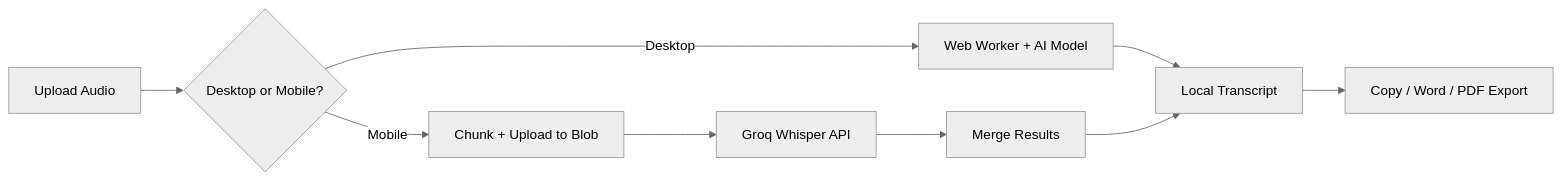
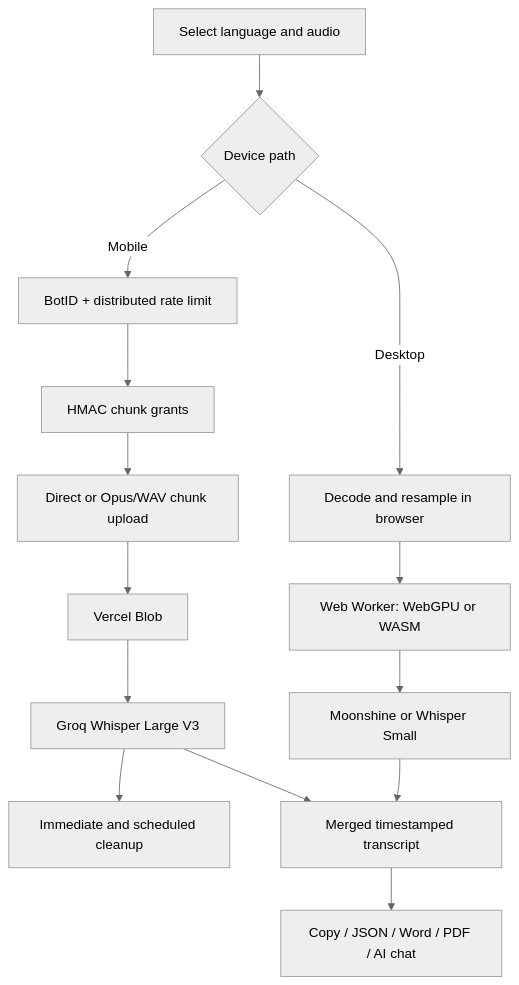
One commit to onatozmenn/audio-transcription-tool changed the diagram in README.md. Above: the diagram before and after it, drawn with Mermaid (neutral theme). The commit also changed other lines of this file and 20 other files, not shown here.

````diff
--- a/README.md
+++ b/README.md
@@ -58,11 +70,19 @@
 ```mermaid
-flowchart LR
-    A[Upload Audio] --> B{Desktop or Mobile?}
-    B -->|Desktop| C[Web Worker + AI Model]
-    C --> D[Local Transcript]
-    B -->|Mobile| E[Chunk + Upload to Blob]
-    E --> F[Groq Whisper API]
-    F --> G[Merge Results]
-    G --> D
-    D --> H[Copy / Word / PDF Export]
+flowchart TB
+  A[Select language and audio] --> B{Device path}
+
+  B -->|Desktop| C[Decode and resample in browser]
+  C --> D[Web Worker: WebGPU or WASM]
+  D --> E[Moonshine or Whisper Small]
+
+  B -->|Mobile| F[BotID + distributed rate limit]
+  F --> G[HMAC chunk grants]
+  G --> H[Direct or Opus/WAV chunk upload]
+  H --> I[Vercel Blob]
+  I --> J[Groq Whisper Large V3]
+  J --> K[Immediate and scheduled cleanup]
+
+  E --> L[Merged timestamped transcript]
+  J --> L
+  L --> M[Copy / JSON / Word / PDF / AI chat]
 ```
````
